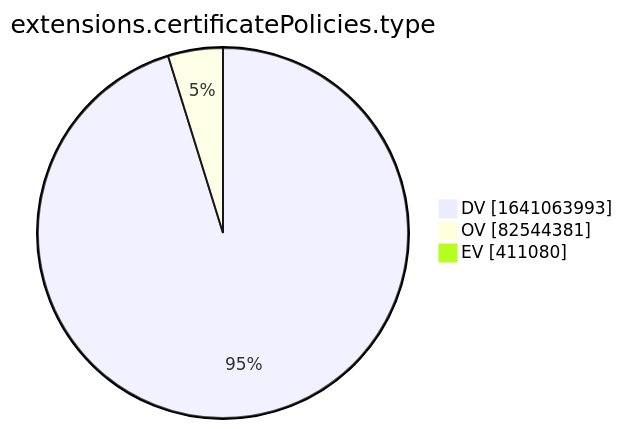
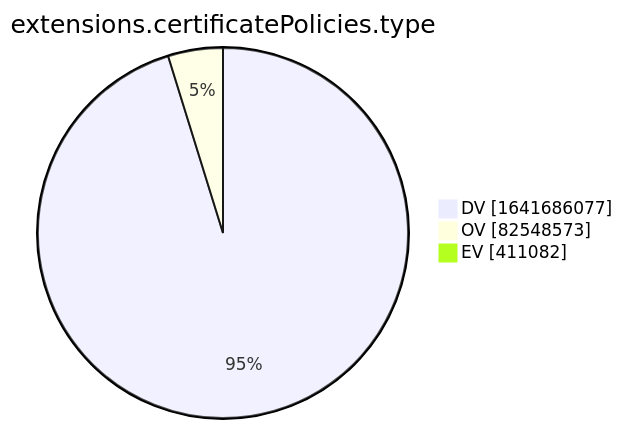
The tenth of 15 diagrams in xenon2022/README.md (christiankrug/ctmonitor_visualization), drawn with Mermaid before and after one commit. The commit also changed other lines of this file, not shown here.

````diff
--- a/xenon2022/README.md
+++ b/xenon2022/README.md
@@ -2879,7 +2879,7 @@
 ```mermaid
 pie showData
 title extensions.certificatePolicies.type
-"DV" :1641063993
-"OV" :82544381
-"EV" :411080
+"DV" :1641686077
+"OV" :82548573
+"EV" :411082
 ```
````
